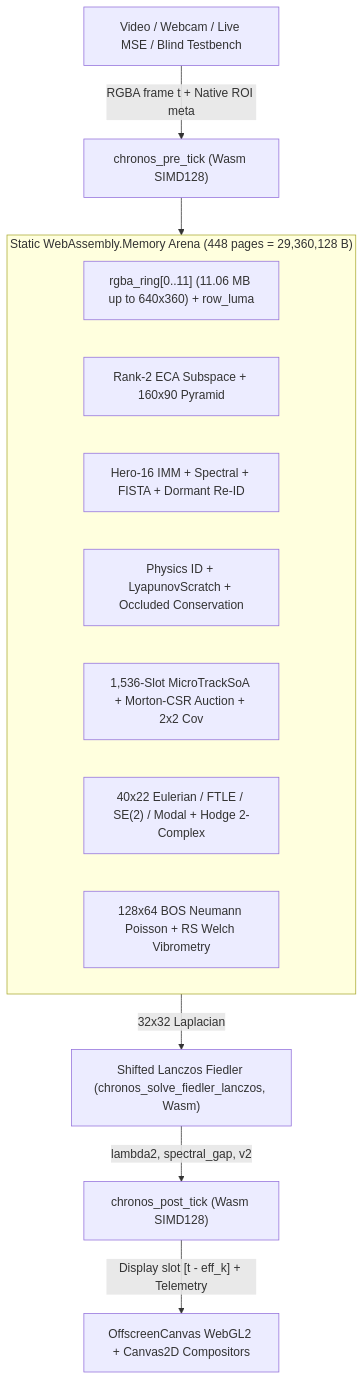
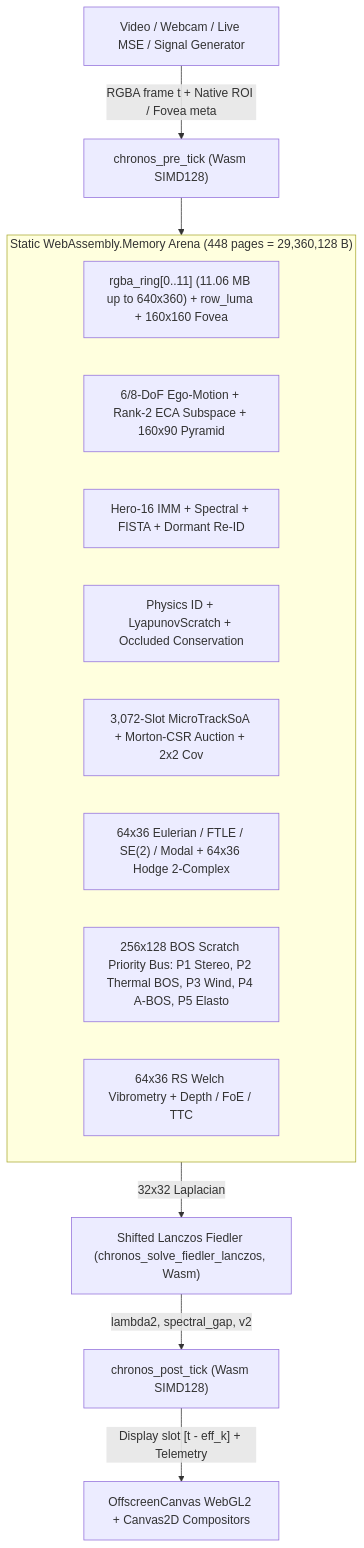
The diagram in docs/ARCHITECTURE_AND_MATH.md (steph4n-gh/chronos-spectral), drawn with Mermaid before and after one commit. The commit also changed other lines of this file and 39 other files, not shown here.

````diff
--- a/docs/ARCHITECTURE_AND_MATH.md
+++ b/docs/ARCHITECTURE_AND_MATH.md
@@ -9,17 +9,18 @@
 ```mermaid
 flowchart TB
-  SRC["Video / Webcam / Live MSE / Blind Testbench"] -->|"RGBA frame t + Native ROI meta"| PRE["chronos_pre_tick (Wasm SIMD128)"]
+  SRC["Video / Webcam / Live MSE / Signal Generator"] -->|"RGBA frame t + Native ROI / Fovea meta"| PRE["chronos_pre_tick (Wasm SIMD128)"]
   subgraph ARENA["Static WebAssembly.Memory Arena (448 pages = 29,360,128 B)"]
-    RING["rgba_ring[0..11] (11.06 MB up to 640x360) + row_luma"]
-    ECA["Rank-2 ECA Subspace + 160x90 Pyramid"]
+    RING["rgba_ring[0..11] (11.06 MB up to 640x360) + row_luma + 160x160 Fovea"]
+    ECA["6/8-DoF Ego-Motion + Rank-2 ECA Subspace + 160x90 Pyramid"]
     HERO["Hero-16 IMM + Spectral + FISTA + Dormant Re-ID"]
     PHYS["Physics ID + LyapunovScratch + Occluded Conservation"]
-    SWARM["1,536-Slot MicroTrackSoA + Morton-CSR Auction + 2x2 Cov"]
-    CONT["40x22 Eulerian / FTLE / SE(2) / Modal + Hodge 2-Complex"]
-    BOSV["128x64 BOS Neumann Poisson + RS Welch Vibrometry"]
+    SWARM["3,072-Slot MicroTrackSoA + Morton-CSR Auction + 2x2 Cov"]
+    CONT["64x36 Eulerian / FTLE / SE(2) / Modal + 64x36 Hodge 2-Complex"]
+    BUS["256x128 BOS Scratch Priority Bus: P1 Stereo, P2 Thermal BOS, P3 Wind, P4 A-BOS, P5 Elasto"]
+    VIBRO["64x36 RS Welch Vibrometry + Depth / FoE / TTC"]
   end
   PRE --> ARENA
   ARENA -->|"32x32 Laplacian"| LANC["Shifted Lanczos Fiedler (chronos_solve_fiedler_lanczos, Wasm)"]
   LANC -->|"lambda2, spectral_gap, v2"| POST["chronos_post_tick (Wasm SIMD128)"]
   POST -->|"Display slot [t - eff_k] + Telemetry"| GL["OffscreenCanvas WebGL2 + Canvas2D Compositors"]
 ```
````
